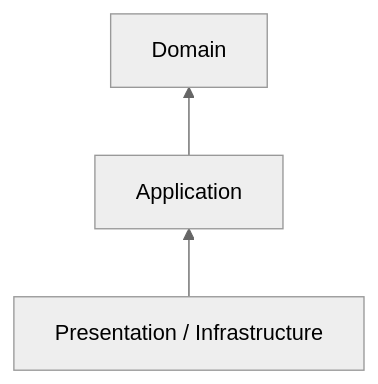
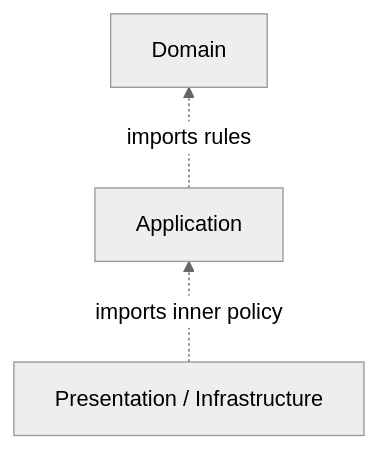
One commit to AndresTaoFlorez/software-architecture changed the first of 7 diagrams in onion-architecture/1-the-rings.md. Above: the diagram before and after it, drawn with Mermaid (neutral theme). The commit also changed other lines of this file and 21 other files, not shown here.

````diff
--- a/onion-architecture/1-the-rings.md
+++ b/onion-architecture/1-the-rings.md
@@ -14,4 +16,4 @@
 ```mermaid
 flowchart BT
-    O["Presentation / Infrastructure"] --> A["Application"] --> D["Domain"]
+    O["Presentation / Infrastructure"] -. "imports inner policy" .-> A["Application"] -. "imports rules" .-> D["Domain"]
 ```
````
